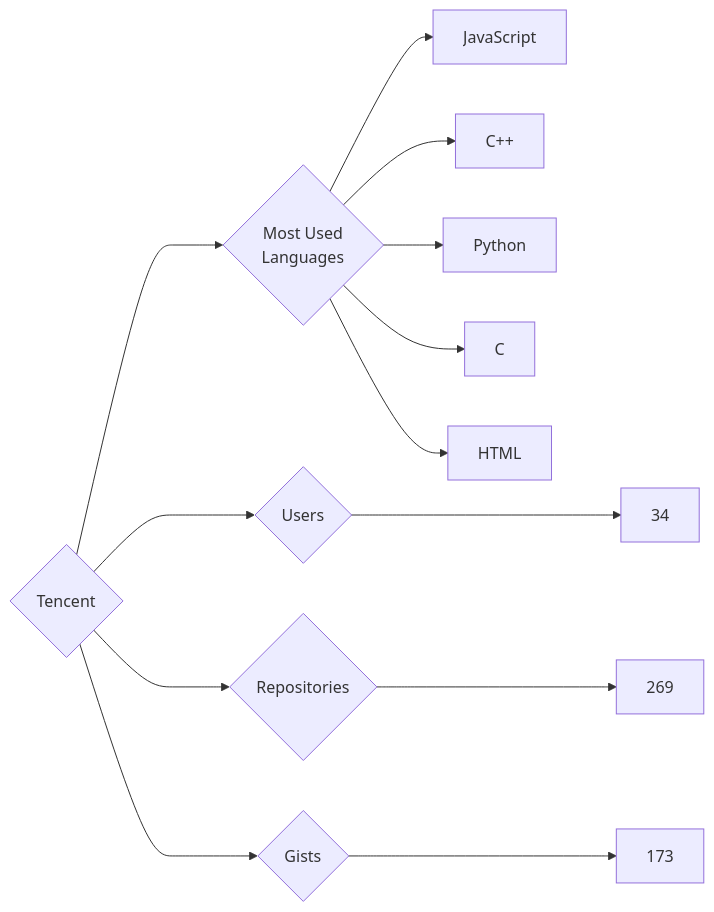
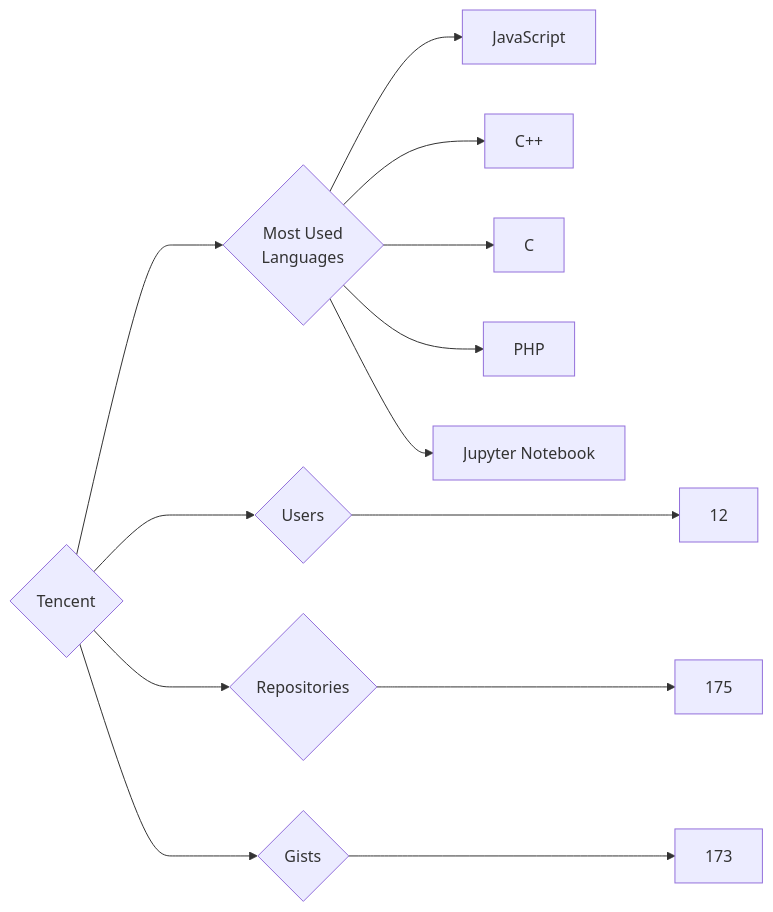
Before and after one commit to trickest/insiders: the diagram in targets/Tencent/README.md, drawn with Mermaid. The commit also changed 823 other files, not shown here.

````diff
--- a/targets/Tencent/README.md
+++ b/targets/Tencent/README.md
@@ -3,13 +3,13 @@
 ```mermaid
 graph LR
 COMPANY_NAME{Tencent}
-COMPANY_NAME ---> U{Users} ---> UN[34]
-COMPANY_NAME ---> R{Repositories} ---> RN[269]
+COMPANY_NAME ---> U{Users} ---> UN[12]
+COMPANY_NAME ---> R{Repositories} ---> RN[175]
 COMPANY_NAME ---> G{Gists} ---> GN[173]
 COMPANY_NAME ---> ML{Most Used<br>Languages}
 ML --> JavaScript[JavaScript]
 ML --> C++[C++]
-ML --> Python[Python]
 ML --> C[C]
-ML --> HTML[HTML]
+ML --> PHP[PHP]
+ML --> Jupyter_Notebook[Jupyter Notebook]
 ```
````
